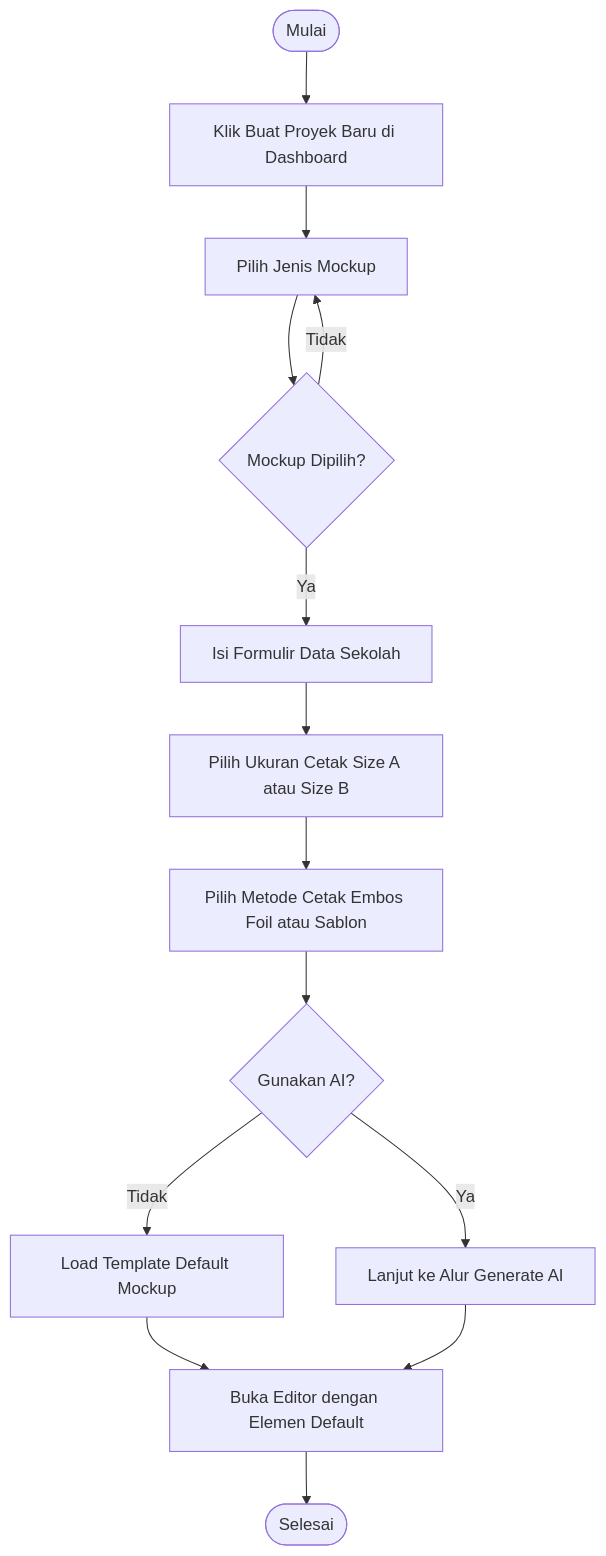
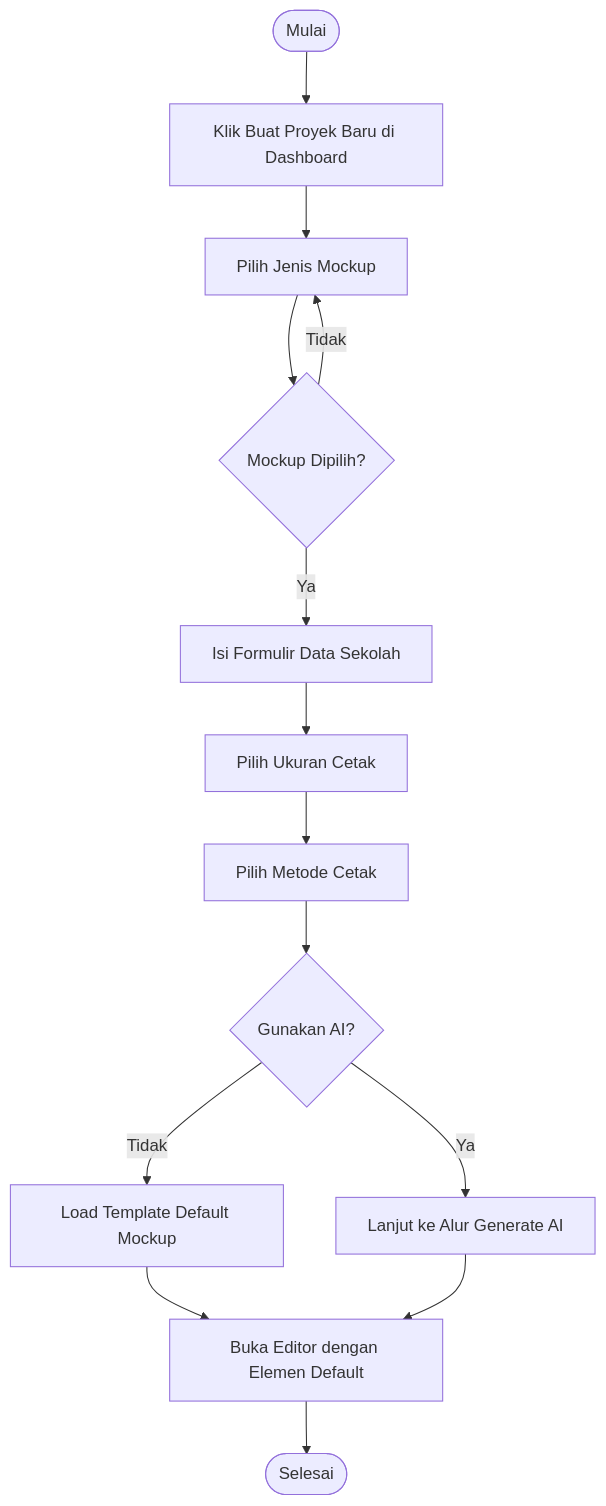
The fourth of 9 diagrams in TA_Perancangan.md (khairul-anam13/Projek_TA), drawn with Mermaid before and after one commit. The commit also changed other lines of this file and 11 other files, not shown here.

````diff
--- a/TA_Perancangan.md
+++ b/TA_Perancangan.md
@@ -174,16 +162,16 @@
 ```mermaid
 flowchart TD
     A([Mulai]) --> B[Klik Buat Proyek Baru di Dashboard]
     B --> C[Pilih Jenis Mockup]
     C --> D{Mockup Dipilih?}
     D -- Tidak --> C
     D -- Ya --> E[Isi Formulir Data Sekolah]
-    E --> F[Pilih Ukuran Cetak Size A atau Size B]
-    F --> G[Pilih Metode Cetak Embos Foil atau Sablon]
+    E --> F[Pilih Ukuran Cetak]
+    F --> G[Pilih Metode Cetak]
     G --> H{Gunakan AI?}
     H -- Ya --> I[Lanjut ke Alur Generate AI]
     H -- Tidak --> J[Load Template Default Mockup]
     J --> K[Buka Editor dengan Elemen Default]
     I --> K
     K --> L([Selesai])
 ```
````
